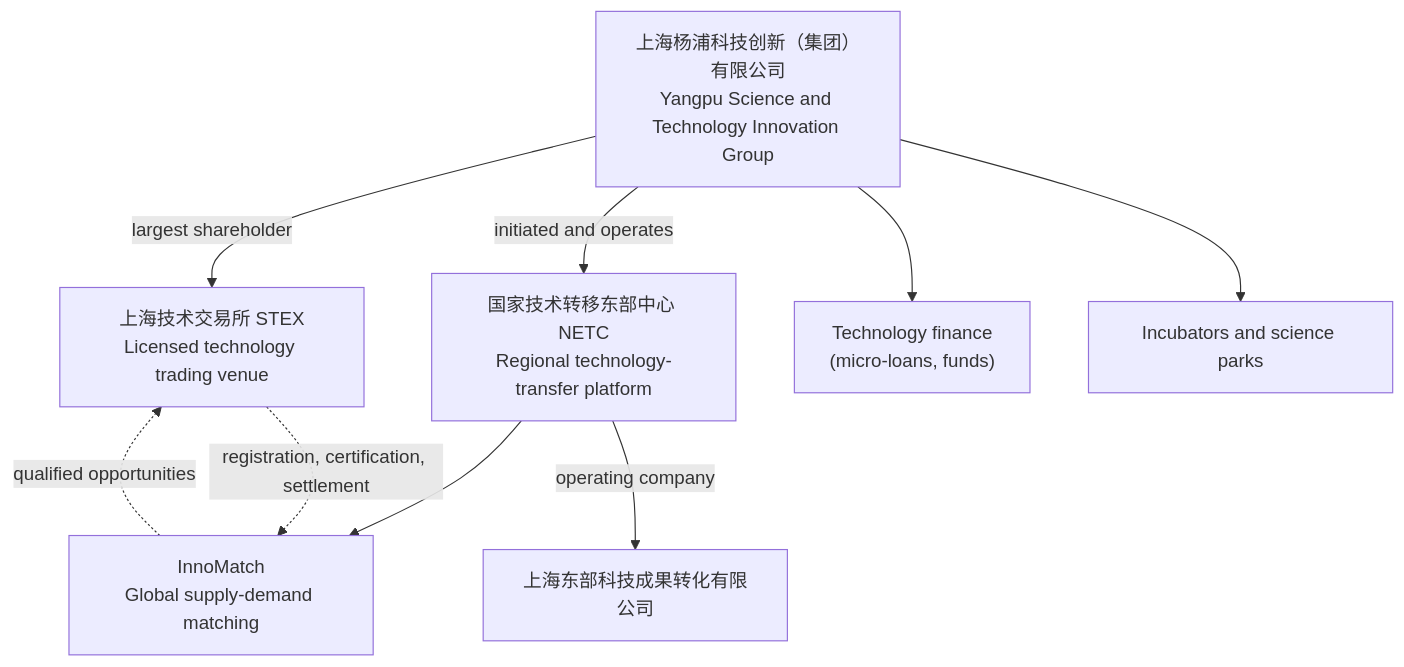
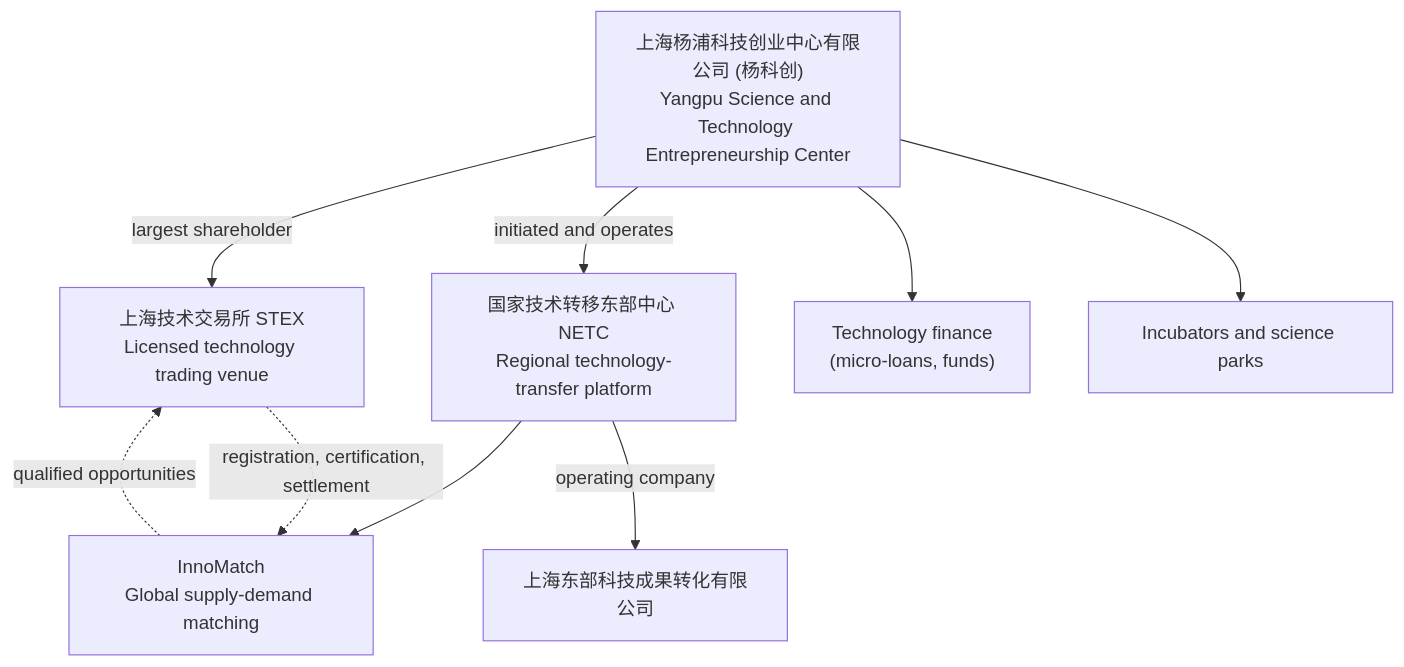
Before and after one commit to greensoft-atom/tex-platform: the diagram in 01-shanghai-landscape.md, drawn with Mermaid. The commit also changed other lines of this file and 615 other files, not shown here.

````diff
--- a/01-shanghai-landscape.md
+++ b/01-shanghai-landscape.md
@@ -130,12 +164,12 @@
 ```mermaid
 flowchart TB
-    G["上海杨浦科技创新（集团）有限公司<br/>Yangpu Science and Technology Innovation Group"]
+    G["上海杨浦科技创业中心有限公司 (杨科创)<br/>Yangpu Science and Technology Entrepreneurship Center"]
     G -->|"largest shareholder"| STEX["上海技术交易所 STEX<br/>Licensed technology trading venue"]
     G -->|"initiated and operates"| NETC["国家技术转移东部中心 NETC<br/>Regional technology-transfer platform"]
     NETC -->|"operating company"| OPCO["上海东部科技成果转化有限公司"]
     NETC --> IM["InnoMatch<br/>Global supply-demand matching"]
     G --> FIN["Technology finance<br/>(micro-loans, funds)"]
     G --> INC["Incubators and science parks"]
     IM -. "qualified opportunities" .-> STEX
     STEX -. "registration, certification, settlement" .-> IM
 ```
````
